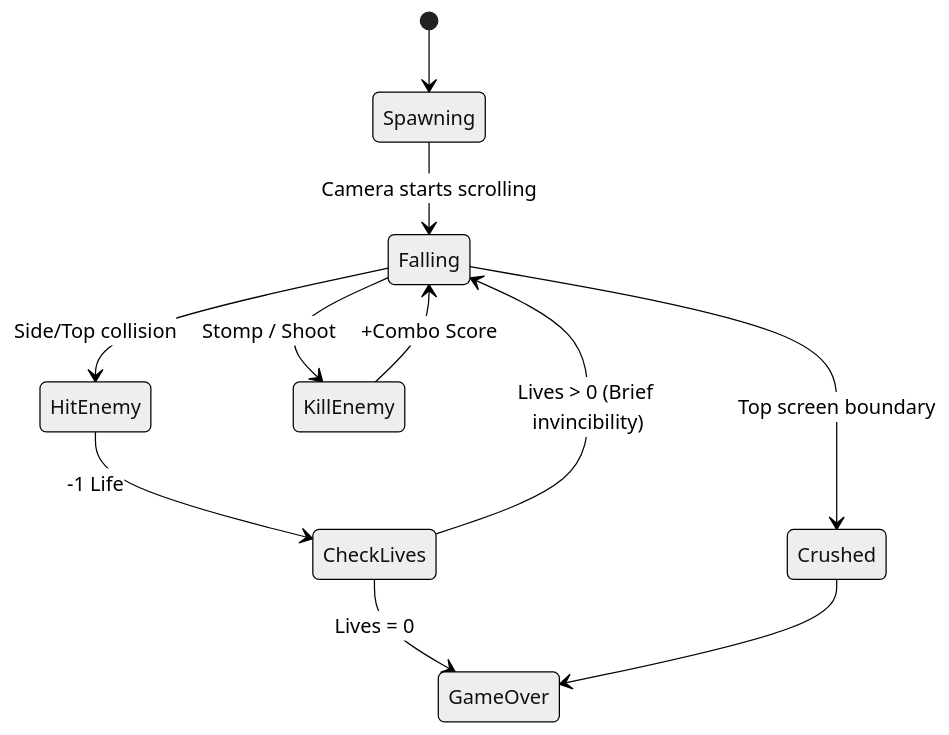
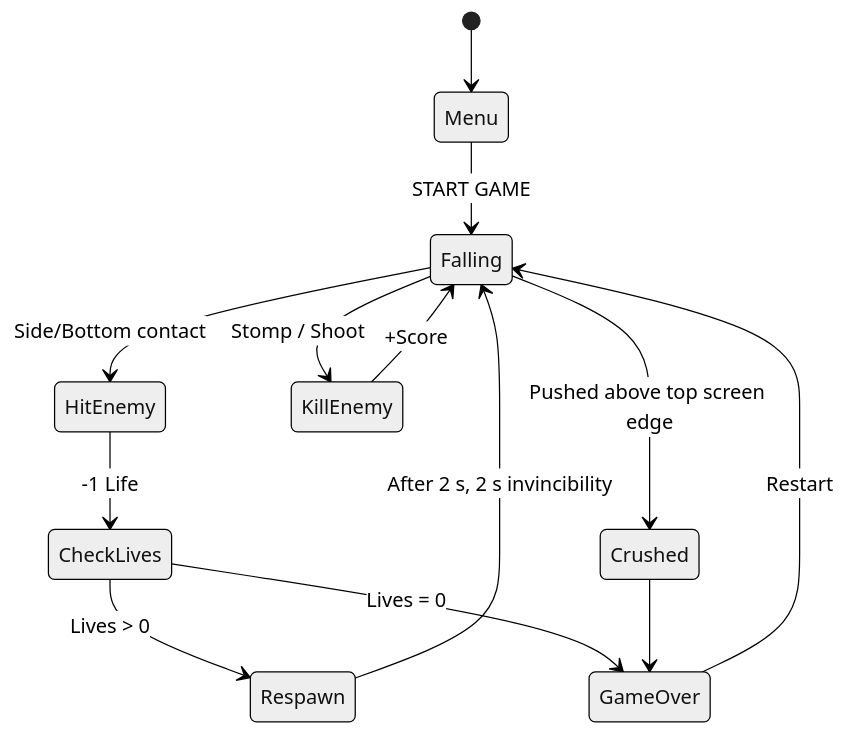
The first of 2 diagrams in GDD.md (shakedhalvitz/Downwell), drawn with Mermaid (neutral theme) before and after one commit. The commit also changed other lines of this file and 13 other files, not shown here.

````diff
--- a/GDD.md
+++ b/GDD.md
@@ -37,13 +37,15 @@
 ```mermaid
 stateDiagram-v2
-    [*] --> Spawning
-    Spawning --> Falling: Camera starts scrolling
-    Falling --> HitEnemy: Side/Top collision
+    [*] --> Menu
+    Menu --> Falling: START GAME
+    Falling --> HitEnemy: Side/Bottom contact
     HitEnemy --> CheckLives: -1 Life
-    CheckLives --> Falling: Lives > 0 (Brief invincibility)
+    CheckLives --> Respawn: Lives > 0
+    Respawn --> Falling: After 2 s, 2 s invincibility
     CheckLives --> GameOver: Lives = 0
     Falling --> KillEnemy: Stomp / Shoot
-    KillEnemy --> Falling: +Combo Score
-    Falling --> Crushed: Top screen boundary
+    KillEnemy --> Falling: +Score
+    Falling --> Crushed: Pushed above top screen edge
     Crushed --> GameOver
+    GameOver --> Falling: Restart
 ```
````
